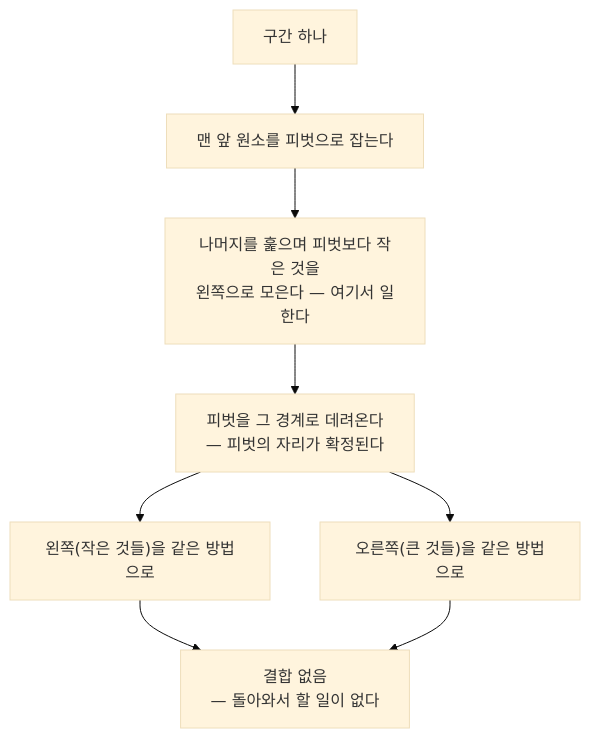
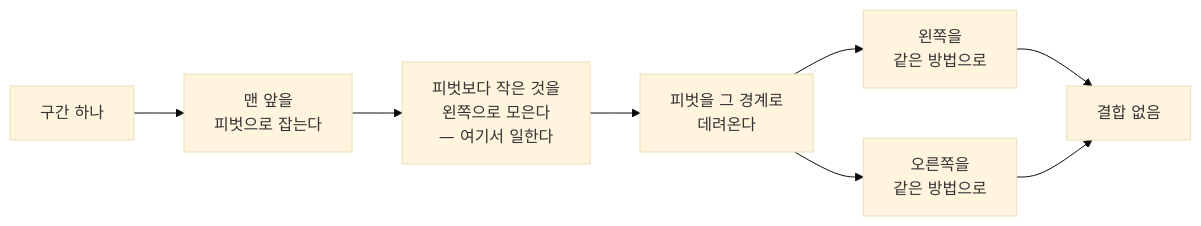
One commit to SungHyuk108/Advanced_algorithm_SungHyukKim_Comparing_Sorting changed the fifth of 10 diagrams in report/REPORT.md. Above: the diagram before and after it, drawn with Mermaid (base theme). The commit also changed other lines of this file and 1 other file, not shown here.

First line of the commit message:
Lay the diagrams out for print and add the report PDF

````diff
--- a/report/REPORT.md
+++ b/report/REPORT.md
@@ -233,10 +233,10 @@
 ```mermaid
-flowchart TD
-    A["구간 하나"] --> B["맨 앞 원소를 피벗으로 잡는다"]
-    B --> C["나머지를 훑으며 피벗보다 작은 것을<br/>왼쪽으로 모은다 — 여기서 일한다"]
-    C --> D["피벗을 그 경계로 데려온다<br/>— 피벗의 자리가 확정된다"]
-    D --> L["왼쪽(작은 것들)을 같은 방법으로"]
-    D --> R["오른쪽(큰 것들)을 같은 방법으로"]
-    L --> Z["결합 없음<br/>— 돌아와서 할 일이 없다"]
+flowchart LR
+    A["구간 하나"] --> B["맨 앞을<br/>피벗으로 잡는다"]
+    B --> C["피벗보다 작은 것을<br/>왼쪽으로 모은다<br/>— 여기서 일한다"]
+    C --> D["피벗을 그 경계로<br/>데려온다"]
+    D --> L["왼쪽을<br/>같은 방법으로"]
+    D --> R["오른쪽을<br/>같은 방법으로"]
+    L --> Z["결합 없음"]
     R --> Z
 ```
````
